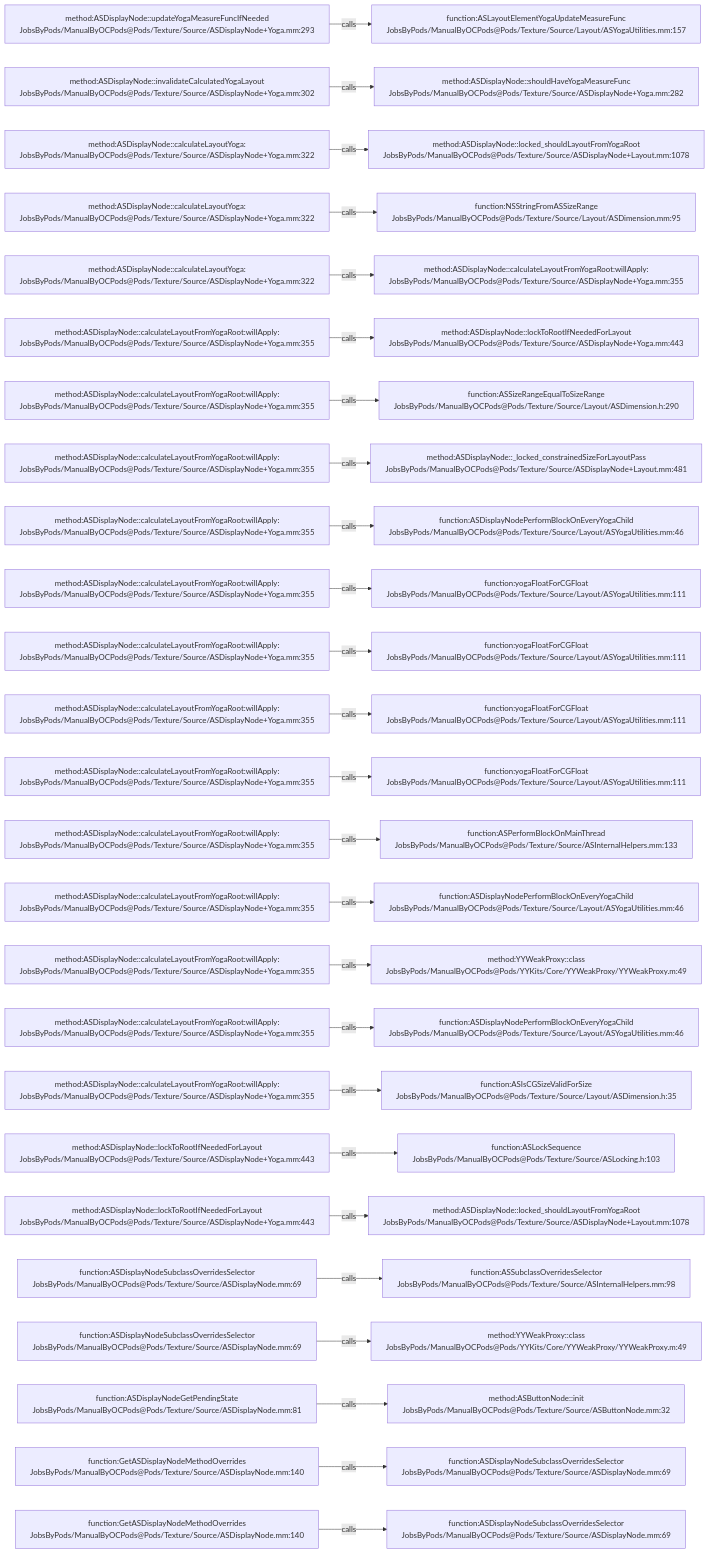
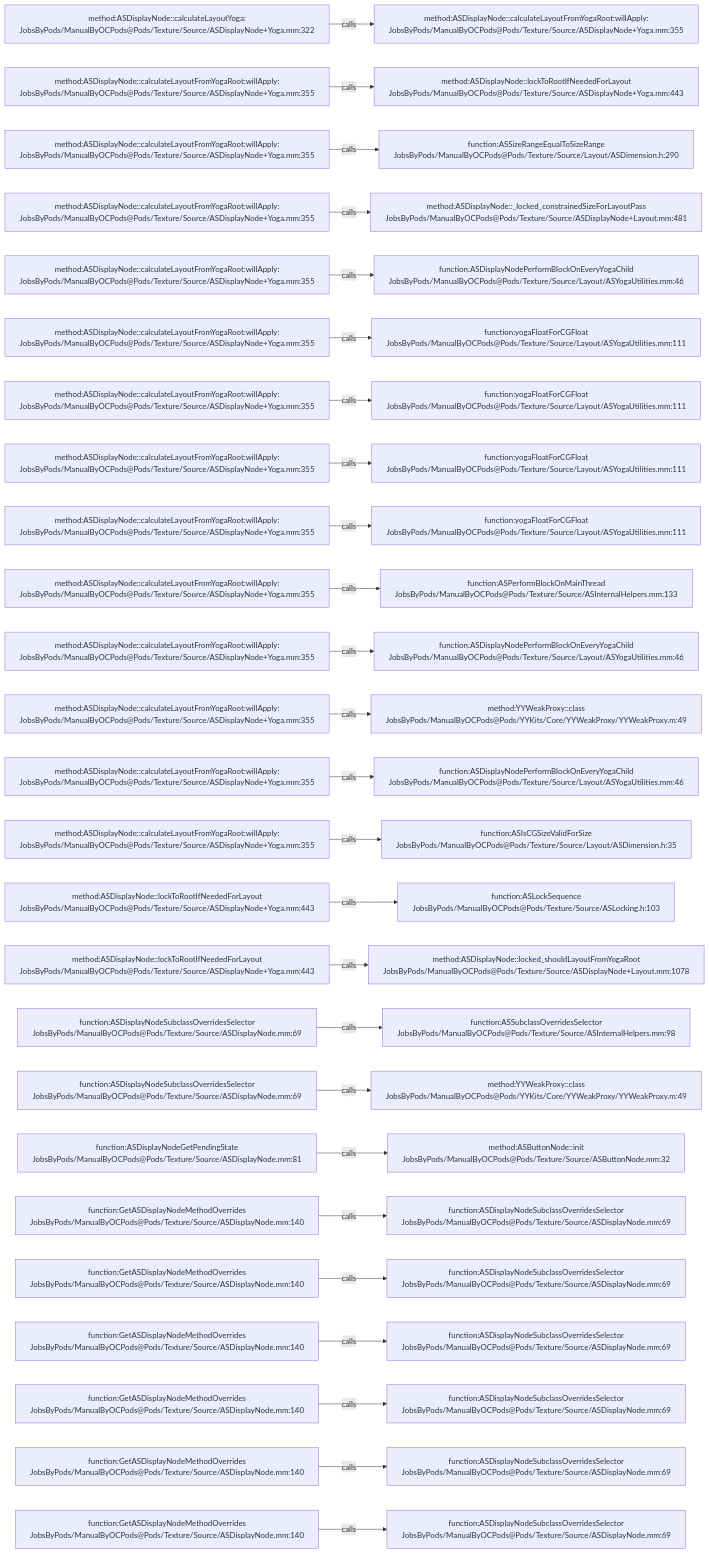
The diagram in .codegraph/codegraph.md/graphs/calls-093.md (JobsKits/JobsOCBaseConfigDemo), drawn with Mermaid before and after one commit. The commit also changed 727 other files, not shown here.

````diff
--- a/.codegraph/codegraph.md/graphs/calls-093.md
+++ b/.codegraph/codegraph.md/graphs/calls-093.md
@@ -13,78 +13,78 @@
 ```mermaid
 flowchart LR
-  S1["method:ASDisplayNode::updateYogaMeasureFuncIfNeeded<br/>JobsByPods/ManualByOCPods@Pods/Texture/Source/ASDisplayNode+Yoga.mm:293"]
-  T1["function:ASLayoutElementYogaUpdateMeasureFunc<br/>JobsByPods/ManualByOCPods@Pods/Texture/Source/Layout/ASYogaUtilities.mm:157"]
+  S1["method:ASDisplayNode::calculateLayoutYoga:<br/>JobsByPods/ManualByOCPods@Pods/Texture/Source/ASDisplayNode+Yoga.mm:322"]
+  T1["method:ASDisplayNode::calculateLayoutFromYogaRoot:willApply:<br/>JobsByPods/ManualByOCPods@Pods/Texture/Source/ASDisplayNode+Yoga.mm:355"]
   S1 -->|calls| T1
-  S2["method:ASDisplayNode::invalidateCalculatedYogaLayout<br/>JobsByPods/ManualByOCPods@Pods/Texture/Source/ASDisplayNode+Yoga.mm:302"]
-  T2["method:ASDisplayNode::shouldHaveYogaMeasureFunc<br/>JobsByPods/ManualByOCPods@Pods/Texture/Source/ASDisplayNode+Yoga.mm:282"]
+  S2["method:ASDisplayNode::calculateLayoutFromYogaRoot:willApply:<br/>JobsByPods/ManualByOCPods@Pods/Texture/Source/ASDisplayNode+Yoga.mm:355"]
+  T2["method:ASDisplayNode::lockToRootIfNeededForLayout<br/>JobsByPods/ManualByOCPods@Pods/Texture/Source/ASDisplayNode+Yoga.mm:443"]
   S2 -->|calls| T2
-  S3["method:ASDisplayNode::calculateLayoutYoga:<br/>JobsByPods/ManualByOCPods@Pods/Texture/Source/ASDisplayNode+Yoga.mm:322"]
-  T3["method:ASDisplayNode::locked_shouldLayoutFromYogaRoot<br/>JobsByPods/ManualByOCPods@Pods/Texture/Source/ASDisplayNode+Layout.mm:1078"]
+  S3["method:ASDisplayNode::calculateLayoutFromYogaRoot:willApply:<br/>JobsByPods/ManualByOCPods@Pods/Texture/Source/ASDisplayNode+Yoga.mm:355"]
+  T3["function:ASSizeRangeEqualToSizeRange<br/>JobsByPods/ManualByOCPods@Pods/Texture/Source/Layout/ASDimension.h:290"]
   S3 -->|calls| T3
-  S4["method:ASDisplayNode::calculateLayoutYoga:<br/>JobsByPods/ManualByOCPods@Pods/Texture/Source/ASDisplayNode+Yoga.mm:322"]
-  T4["function:NSStringFromASSizeRange<br/>JobsByPods/ManualByOCPods@Pods/Texture/Source/Layout/ASDimension.mm:95"]
+  S4["method:ASDisplayNode::calculateLayoutFromYogaRoot:willApply:<br/>JobsByPods/ManualByOCPods@Pods/Texture/Source/ASDisplayNode+Yoga.mm:355"]
+  T4["method:ASDisplayNode::_locked_constrainedSizeForLayoutPass<br/>JobsByPods/ManualByOCPods@Pods/Texture/Source/ASDisplayNode+Layout.mm:481"]
   S4 -->|calls| T4
-  S5["method:ASDisplayNode::calculateLayoutYoga:<br/>JobsByPods/ManualByOCPods@Pods/Texture/Source/ASDisplayNode+Yoga.mm:322"]
-  T5["method:ASDisplayNode::calculateLayoutFromYogaRoot:willApply:<br/>JobsByPods/ManualByOCPods@Pods/Texture/Source/ASDisplayNode+Yoga.mm:355"]
+  S5["method:ASDisplayNode::calculateLayoutFromYogaRoot:willApply:<br/>JobsByPods/ManualByOCPods@Pods/Texture/Source/ASDisplayNode+Yoga.mm:355"]
+  T5["function:ASDisplayNodePerformBlockOnEveryYogaChild<br/>JobsByPods/ManualByOCPods@Pods/Texture/Source/Layout/ASYogaUtilities.mm:46"]
   S5 -->|calls| T5
   S6["method:ASDisplayNode::calculateLayoutFromYogaRoot:willApply:<br/>JobsByPods/ManualByOCPods@Pods/Texture/Source/ASDisplayNode+Yoga.mm:355"]
-  T6["method:ASDisplayNode::lockToRootIfNeededForLayout<br/>JobsByPods/ManualByOCPods@Pods/Texture/Source/ASDisplayNode+Yoga.mm:443"]
+  T6["function:yogaFloatForCGFloat<br/>JobsByPods/ManualByOCPods@Pods/Texture/Source/Layout/ASYogaUtilities.mm:111"]
   S6 -->|calls| T6
   S7["method:ASDisplayNode::calculateLayoutFromYogaRoot:willApply:<br/>JobsByPods/ManualByOCPods@Pods/Texture/Source/ASDisplayNode+Yoga.mm:355"]
-  T7["function:ASSizeRangeEqualToSizeRange<br/>JobsByPods/ManualByOCPods@Pods/Texture/Source/Layout/ASDimension.h:290"]
+  T7["function:yogaFloatForCGFloat<br/>JobsByPods/ManualByOCPods@Pods/Texture/Source/Layout/ASYogaUtilities.mm:111"]
   S7 -->|calls| T7
   S8["method:ASDisplayNode::calculateLayoutFromYogaRoot:willApply:<br/>JobsByPods/ManualByOCPods@Pods/Texture/Source/ASDisplayNode+Yoga.mm:355"]
-  T8["method:ASDisplayNode::_locked_constrainedSizeForLayoutPass<br/>JobsByPods/ManualByOCPods@Pods/Texture/Source/ASDisplayNode+Layout.mm:481"]
+  T8["function:yogaFloatForCGFloat<br/>JobsByPods/ManualByOCPods@Pods/Texture/Source/Layout/ASYogaUtilities.mm:111"]
   S8 -->|calls| T8
   S9["method:ASDisplayNode::calculateLayoutFromYogaRoot:willApply:<br/>JobsByPods/ManualByOCPods@Pods/Texture/Source/ASDisplayNode+Yoga.mm:355"]
-  T9["function:ASDisplayNodePerformBlockOnEveryYogaChild<br/>JobsByPods/ManualByOCPods@Pods/Texture/Source/Layout/ASYogaUtilities.mm:46"]
+  T9["function:yogaFloatForCGFloat<br/>JobsByPods/ManualByOCPods@Pods/Texture/Source/Layout/ASYogaUtilities.mm:111"]
   S9 -->|calls| T9
   S10["method:ASDisplayNode::calculateLayoutFromYogaRoot:willApply:<br/>JobsByPods/ManualByOCPods@Pods/Texture/Source/ASDisplayNode+Yoga.mm:355"]
-  T10["function:yogaFloatForCGFloat<br/>JobsByPods/ManualByOCPods@Pods/Texture/Source/Layout/ASYogaUtilities.mm:111"]
+  T10["function:ASPerformBlockOnMainThread<br/>JobsByPods/ManualByOCPods@Pods/Texture/Source/ASInternalHelpers.mm:133"]
   S10 -->|calls| T10
   S11["method:ASDisplayNode::calculateLayoutFromYogaRoot:willApply:<br/>JobsByPods/ManualByOCPods@Pods/Texture/Source/ASDisplayNode+Yoga.mm:355"]
-  T11["function:yogaFloatForCGFloat<br/>JobsByPods/ManualByOCPods@Pods/Texture/Source/Layout/ASYogaUtilities.mm:111"]
+  T11["function:ASDisplayNodePerformBlockOnEveryYogaChild<br/>JobsByPods/ManualByOCPods@Pods/Texture/Source/Layout/ASYogaUtilities.mm:46"]
   S11 -->|calls| T11
   S12["method:ASDisplayNode::calculateLayoutFromYogaRoot:willApply:<br/>JobsByPods/ManualByOCPods@Pods/Texture/Source/ASDisplayNode+Yoga.mm:355"]
-  T12["function:yogaFloatForCGFloat<br/>JobsByPods/ManualByOCPods@Pods/Texture/Source/Layout/ASYogaUtilities.mm:111"]
+  T12["method:YYWeakProxy::class<br/>JobsByPods/ManualByOCPods@Pods/YYKits/Core/YYWeakProxy/YYWeakProxy.m:49"]
   S12 -->|calls| T12
   S13["method:ASDisplayNode::calculateLayoutFromYogaRoot:willApply:<br/>JobsByPods/ManualByOCPods@Pods/Texture/Source/ASDisplayNode+Yoga.mm:355"]
-  T13["function:yogaFloatForCGFloat<br/>JobsByPods/ManualByOCPods@Pods/Texture/Source/Layout/ASYogaUtilities.mm:111"]
+  T13["function:ASDisplayNodePerformBlockOnEveryYogaChild<br/>JobsByPods/ManualByOCPods@Pods/Texture/Source/Layout/ASYogaUtilities.mm:46"]
   S13 -->|calls| T13
   S14["method:ASDisplayNode::calculateLayoutFromYogaRoot:willApply:<br/>JobsByPods/ManualByOCPods@Pods/Texture/Source/ASDisplayNode+Yoga.mm:355"]
-  T14["function:ASPerformBlockOnMainThread<br/>JobsByPods/ManualByOCPods@Pods/Texture/Source/ASInternalHelpers.mm:133"]
+  T14["function:ASIsCGSizeValidForSize<br/>JobsByPods/ManualByOCPods@Pods/Texture/Source/Layout/ASDimension.h:35"]
   S14 -->|calls| T14
-  S15["method:ASDisplayNode::calculateLayoutFromYogaRoot:willApply:<br/>JobsByPods/ManualByOCPods@Pods/Texture/Source/ASDisplayNode+Yoga.mm:355"]
-  T15["function:ASDisplayNodePerformBlockOnEveryYogaChild<br/>JobsByPods/ManualByOCPods@Pods/Texture/Source/Layout/ASYogaUtilities.mm:46"]
+  S15["method:ASDisplayNode::lockToRootIfNeededForLayout<br/>JobsByPods/ManualByOCPods@Pods/Texture/Source/ASDisplayNode+Yoga.mm:443"]
+  T15["function:ASLockSequence<br/>JobsByPods/ManualByOCPods@Pods/Texture/Source/ASLocking.h:103"]
   S15 -->|calls| T15
-  S16["method:ASDisplayNode::calculateLayoutFromYogaRoot:willApply:<br/>JobsByPods/ManualByOCPods@Pods/Texture/Source/ASDisplayNode+Yoga.mm:355"]
-  T16["method:YYWeakProxy::class<br/>JobsByPods/ManualByOCPods@Pods/YYKits/Core/YYWeakProxy/YYWeakProxy.m:49"]
+  S16["method:ASDisplayNode::lockToRootIfNeededForLayout<br/>JobsByPods/ManualByOCPods@Pods/Texture/Source/ASDisplayNode+Yoga.mm:443"]
+  T16["method:ASDisplayNode::locked_shouldLayoutFromYogaRoot<br/>JobsByPods/ManualByOCPods@Pods/Texture/Source/ASDisplayNode+Layout.mm:1078"]
   S16 -->|calls| T16
-  S17["method:ASDisplayNode::calculateLayoutFromYogaRoot:willApply:<br/>JobsByPods/ManualByOCPods@Pods/Texture/Source/ASDisplayNode+Yoga.mm:355"]
-  T17["function:ASDisplayNodePerformBlockOnEveryYogaChild<br/>JobsByPods/ManualByOCPods@Pods/Texture/Source/Layout/ASYogaUtilities.mm:46"]
+  S17["function:ASDisplayNodeSubclassOverridesSelector<br/>JobsByPods/ManualByOCPods@Pods/Texture/Source/ASDisplayNode.mm:69"]
+  T17["function:ASSubclassOverridesSelector<br/>JobsByPods/ManualByOCPods@Pods/Texture/Source/ASInternalHelpers.mm:98"]
   S17 -->|calls| T17
-  S18["method:ASDisplayNode::calculateLayoutFromYogaRoot:willApply:<br/>JobsByPods/ManualByOCPods@Pods/Texture/Source/ASDisplayNode+Yoga.mm:355"]
-  T18["function:ASIsCGSizeValidForSize<br/>JobsByPods/ManualByOCPods@Pods/Texture/Source/Layout/ASDimension.h:35"]
+  S18["function:ASDisplayNodeSubclassOverridesSelector<br/>JobsByPods/ManualByOCPods@Pods/Texture/Source/ASDisplayNode.mm:69"]
+  T18["method:YYWeakProxy::class<br/>JobsByPods/ManualByOCPods@Pods/YYKits/Core/YYWeakProxy/YYWeakProxy.m:49"]
   S18 -->|calls| T18
-  S19["method:ASDisplayNode::lockToRootIfNeededForLayout<br/>JobsByPods/ManualByOCPods@Pods/Texture/Source/ASDisplayNode+Yoga.mm:443"]
-  T19["function:ASLockSequence<br/>JobsByPods/ManualByOCPods@Pods/Texture/Source/ASLocking.h:103"]
+  S19["function:ASDisplayNodeGetPendingState<br/>JobsByPods/ManualByOCPods@Pods/Texture/Source/ASDisplayNode.mm:81"]
+  T19["method:ASButtonNode::init<br/>JobsByPods/ManualByOCPods@Pods/Texture/Source/ASButtonNode.mm:32"]
   S19 -->|calls| T19
-  S20["method:ASDisplayNode::lockToRootIfNeededForLayout<br/>JobsByPods/ManualByOCPods@Pods/Texture/Source/ASDisplayNode+Yoga.mm:443"]
-  T20["method:ASDisplayNode::locked_shouldLayoutFromYogaRoot<br/>JobsByPods/ManualByOCPods@Pods/Texture/Source/ASDisplayNode+Layout.mm:1078"]
+  S20["function:GetASDisplayNodeMethodOverrides<br/>JobsByPods/ManualByOCPods@Pods/Texture/Source/ASDisplayNode.mm:140"]
+  T20["function:ASDisplayNodeSubclassOverridesSelector<br/>JobsByPods/ManualByOCPods@Pods/Texture/Source/ASDisplayNode.mm:69"]
   S20 -->|calls| T20
-  S21["function:ASDisplayNodeSubclassOverridesSelector<br/>JobsByPods/ManualByOCPods@Pods/Texture/Source/ASDisplayNode.mm:69"]
-  T21["function:ASSubclassOverridesSelector<br/>JobsByPods/ManualByOCPods@Pods/Texture/Source/ASInternalHelpers.mm:98"]
+  S21["function:GetASDisplayNodeMethodOverrides<br/>JobsByPods/ManualByOCPods@Pods/Texture/Source/ASDisplayNode.mm:140"]
+  T21["function:ASDisplayNodeSubclassOverridesSelector<br/>JobsByPods/ManualByOCPods@Pods/Texture/Source/ASDisplayNode.mm:69"]
   S21 -->|calls| T21
-  S22["function:ASDisplayNodeSubclassOverridesSelector<br/>JobsByPods/ManualByOCPods@Pods/Texture/Source/ASDisplayNode.mm:69"]
-  T22["method:YYWeakProxy::class<br/>JobsByPods/ManualByOCPods@Pods/YYKits/Core/YYWeakProxy/YYWeakProxy.m:49"]
+  S22["function:GetASDisplayNodeMethodOverrides<br/>JobsByPods/ManualByOCPods@Pods/Texture/Source/ASDisplayNode.mm:140"]
+  T22["function:ASDisplayNodeSubclassOverridesSelector<br/>JobsByPods/ManualByOCPods@Pods/Texture/Source/ASDisplayNode.mm:69"]
   S22 -->|calls| T22
-  S23["function:ASDisplayNodeGetPendingState<br/>JobsByPods/ManualByOCPods@Pods/Texture/Source/ASDisplayNode.mm:81"]
-  T23["method:ASButtonNode::init<br/>JobsByPods/ManualByOCPods@Pods/Texture/Source/ASButtonNode.mm:32"]
+  S23["function:GetASDisplayNodeMethodOverrides<br/>JobsByPods/ManualByOCPods@Pods/Texture/Source/ASDisplayNode.mm:140"]
+  T23["function:ASDisplayNodeSubclassOverridesSelector<br/>JobsByPods/ManualByOCPods@Pods/Texture/Source/ASDisplayNode.mm:69"]
   S23 -->|calls| T23
   S24["function:GetASDisplayNodeMethodOverrides<br/>JobsByPods/ManualByOCPods@Pods/Texture/Source/ASDisplayNode.mm:140"]
   T24["function:ASDisplayNodeSubclassOverridesSelector<br/>JobsByPods/ManualByOCPods@Pods/Texture/Source/ASDisplayNode.mm:69"]
   S24 -->|calls| T24
   S25["function:GetASDisplayNodeMethodOverrides<br/>JobsByPods/ManualByOCPods@Pods/Texture/Source/ASDisplayNode.mm:140"]
   T25["function:ASDisplayNodeSubclassOverridesSelector<br/>JobsByPods/ManualByOCPods@Pods/Texture/Source/ASDisplayNode.mm:69"]
   S25 -->|calls| T25
 ```
````
